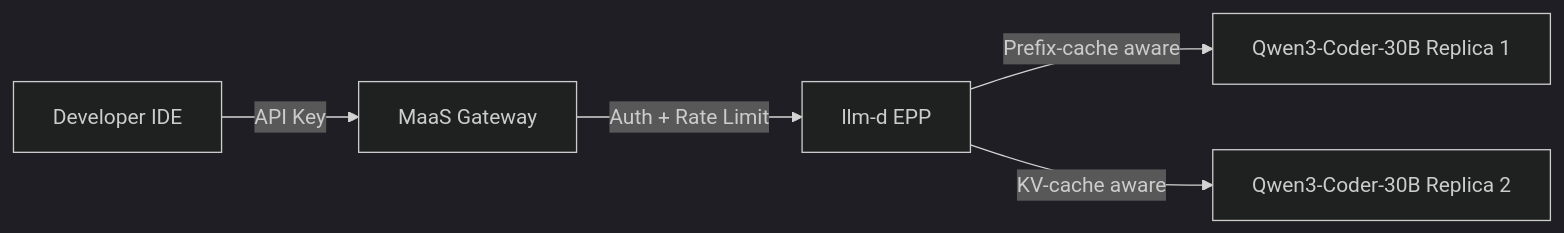
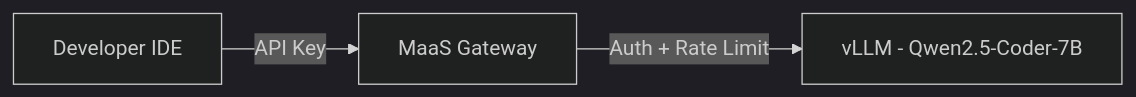
Before and after one commit to hyogrin/rhoai-coding-assistant-lab: the second of 2 diagrams in README.md, drawn with Mermaid (dark theme). The commit also changed other lines of this file and 78 other files, not shown here.

````diff
--- a/README.md
+++ b/README.md
@@ -79,7 +61,5 @@
 ```mermaid
 flowchart LR
     IDE[Developer IDE] -->|API Key| GW[MaaS Gateway]
-    GW -->|Auth + Rate Limit| EPP[llm-d EPP]
-    EPP -->|Prefix-cache aware| M1[Qwen3-Coder-30B Replica 1]
-    EPP -->|KV-cache aware| M2[Qwen3-Coder-30B Replica 2]
+    GW -->|Auth + Rate Limit| Model[vLLM - Qwen2.5-Coder-7B]
 ```
````
